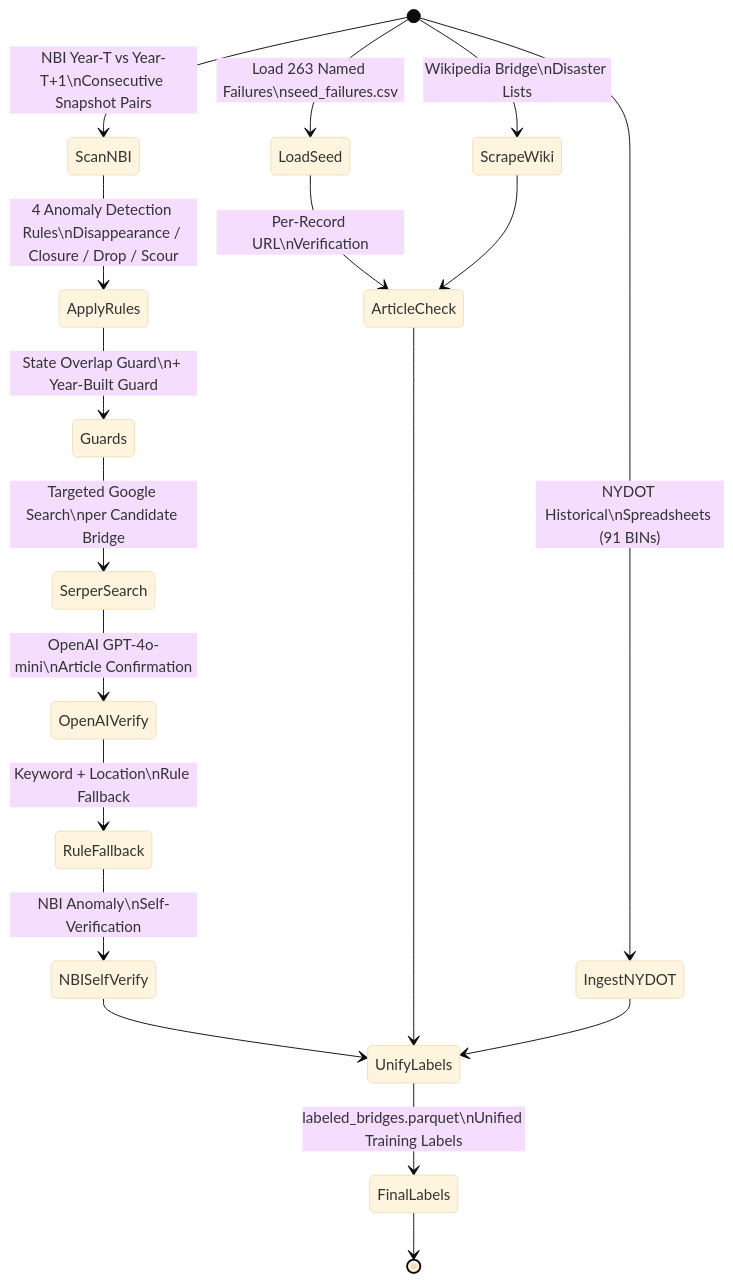
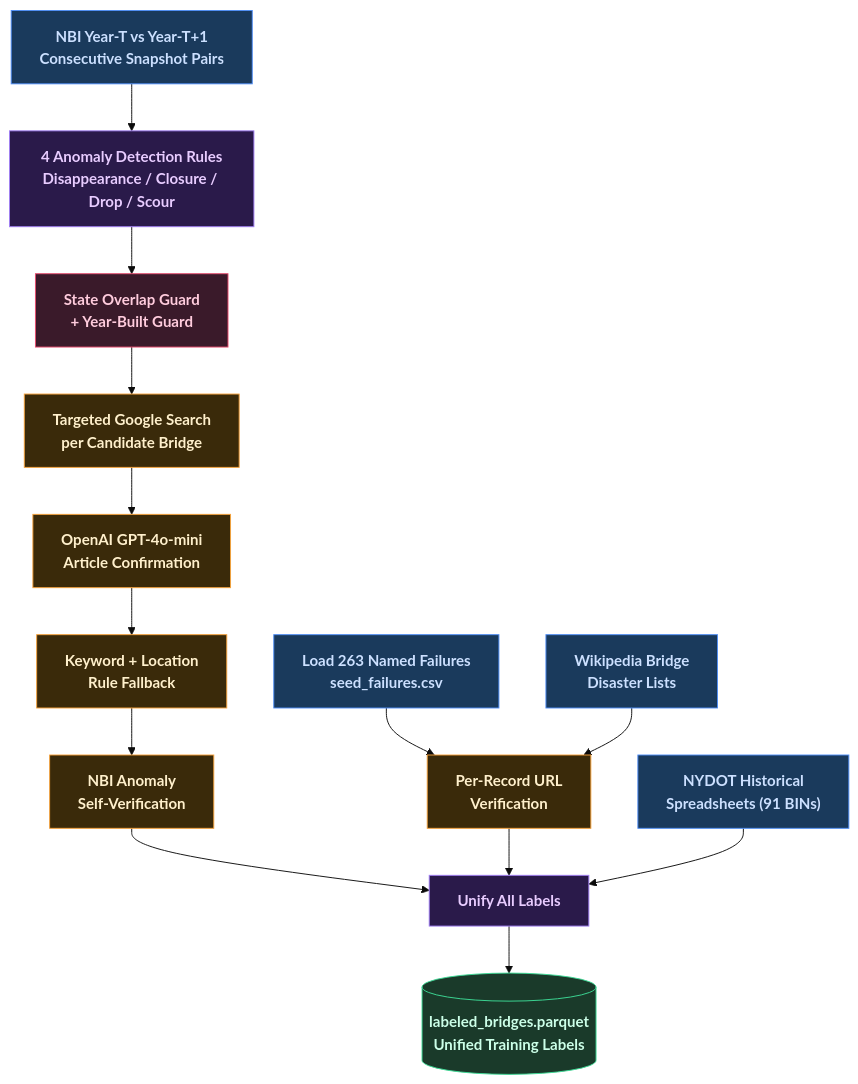
Before and after one commit to PRADEEPERIYASAMY/NationalBridgeStructuralFailureEngine: the second of 11 diagrams in README.md, drawn with Mermaid (base theme). The commit also changed other lines of this file, not shown here.

Commit message:
fix: markdown rendering issues in mermaid diagrams

````diff
--- a/README.md
+++ b/README.md
@@ -215,31 +215,39 @@
 ```mermaid
-stateDiagram-v2
-    classDef source  fill:#1a3a5c,color:#cce0ff,font-weight:bold
-    classDef process fill:#2a1a4a,color:#e8ccff,font-weight:bold
-    classDef verify  fill:#3a2a0a,color:#fff0cc,font-weight:bold
-    classDef output  fill:#1a3a2a,color:#ccffe8,font-weight:bold
-    classDef guard   fill:#3a1a2a,color:#ffccdd,font-weight:bold
+flowchart TD
+    classDef source  fill:#1a3a5c,stroke:#4f8ef7,color:#cce0ff,font-weight:bold
+    classDef process fill:#2a1a4a,stroke:#a17ff5,color:#e8ccff,font-weight:bold
+    classDef verify  fill:#3a2a0a,stroke:#f7a23b,color:#fff0cc,font-weight:bold
+    classDef output  fill:#1a3a2a,stroke:#3ddc97,color:#ccffe8,font-weight:bold
+    classDef guard   fill:#3a1a2a,stroke:#e84c6e,color:#ffccdd,font-weight:bold
 
-    [*] --> LoadSeed : Load 263 Named Failures\nseed_failures.csv
-    [*] --> ScrapeWiki : Wikipedia Bridge\nDisaster Lists
-    [*] --> IngestNYDOT : NYDOT Historical\nSpreadsheets (91 BINs)
-    [*] --> ScanNBI : NBI Year-T vs Year-T+1\nConsecutive Snapshot Pairs
+    LoadSeed["Load 263 Named Failures\nseed_failures.csv"]:::source
+    ScrapeWiki["Wikipedia Bridge\nDisaster Lists"]:::source
+    IngestNYDOT["NYDOT Historical\nSpreadsheets (91 BINs)"]:::source
+    ScanNBI["NBI Year-T vs Year-T+1\nConsecutive Snapshot Pairs"]:::source
 
-    ScanNBI --> ApplyRules : 4 Anomaly Detection Rules\nDisappearance / Closure / Drop / Scour
-    ApplyRules --> Guards : State Overlap Guard\n+ Year-Built Guard
-    Guards --> SerperSearch : Targeted Google Search\nper Candidate Bridge
+    ApplyRules["4 Anomaly Detection Rules\nDisappearance / Closure / Drop / Scour"]:::process
+    Guards["State Overlap Guard\n+ Year-Built Guard"]:::guard
+    SerperSearch["Targeted Google Search\nper Candidate Bridge"]:::verify
+    OpenAIVerify["OpenAI GPT-4o-mini\nArticle Confirmation"]:::verify
+    RuleFallback["Keyword + Location\nRule Fallback"]:::verify
+    NBISelfVerify["NBI Anomaly\nSelf-Verification"]:::verify
+    ArticleCheck["Per-Record URL\nVerification"]:::verify
+    UnifyLabels["Unify All Labels"]:::process
+    FinalLabels[("labeled_bridges.parquet\nUnified Training Labels")]:::output
 
-    SerperSearch --> OpenAIVerify : OpenAI GPT-4o-mini\nArticle Confirmation
-    OpenAIVerify --> RuleFallback : Keyword + Location\nRule Fallback
-    RuleFallback --> NBISelfVerify : NBI Anomaly\nSelf-Verification
+    ScanNBI --> ApplyRules
+    ApplyRules --> Guards
+    Guards --> SerperSearch
+    SerperSearch --> OpenAIVerify
+    OpenAIVerify --> RuleFallback
+    RuleFallback --> NBISelfVerify
     NBISelfVerify --> UnifyLabels
 
-    LoadSeed --> ArticleCheck : Per-Record URL\nVerification
+    LoadSeed --> ArticleCheck
     ScrapeWiki --> ArticleCheck
     ArticleCheck --> UnifyLabels
 
     IngestNYDOT --> UnifyLabels
 
-    UnifyLabels --> FinalLabels : labeled_bridges.parquet\nUnified Training Labels
-    FinalLabels --> [*]
+    UnifyLabels --> FinalLabels
 ```
````
